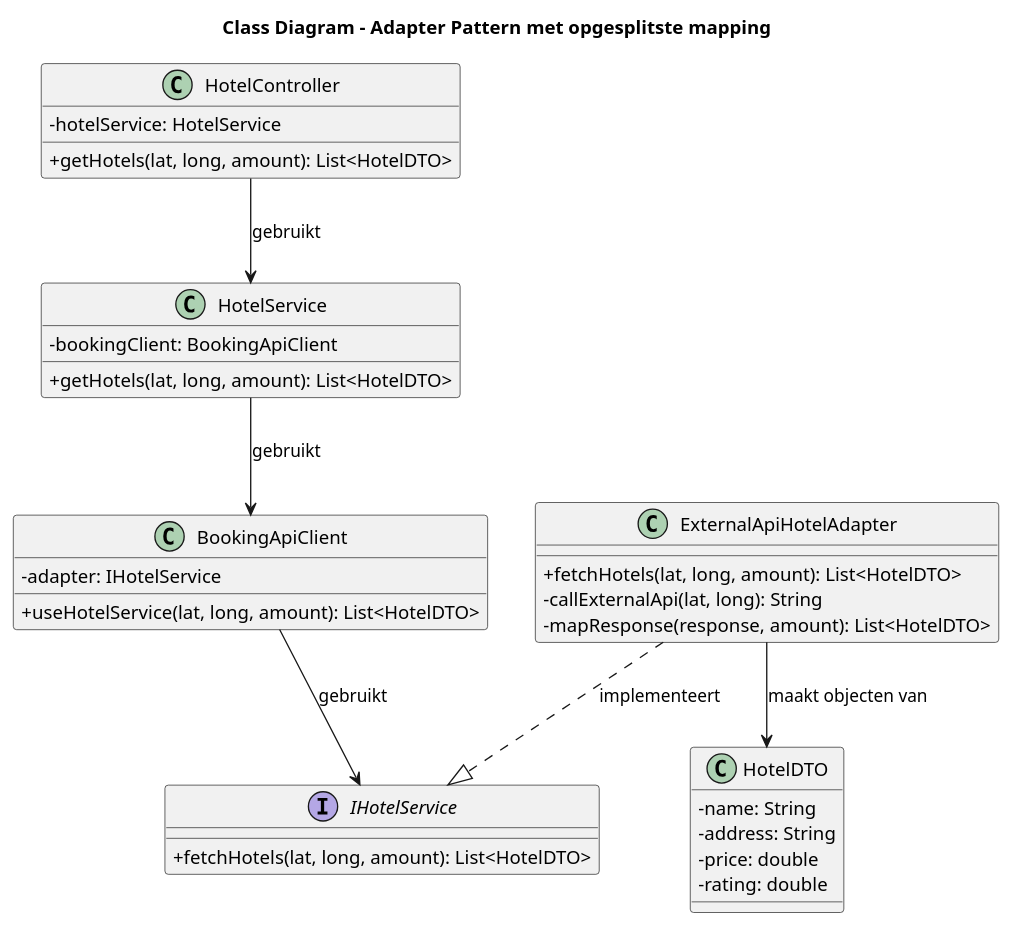
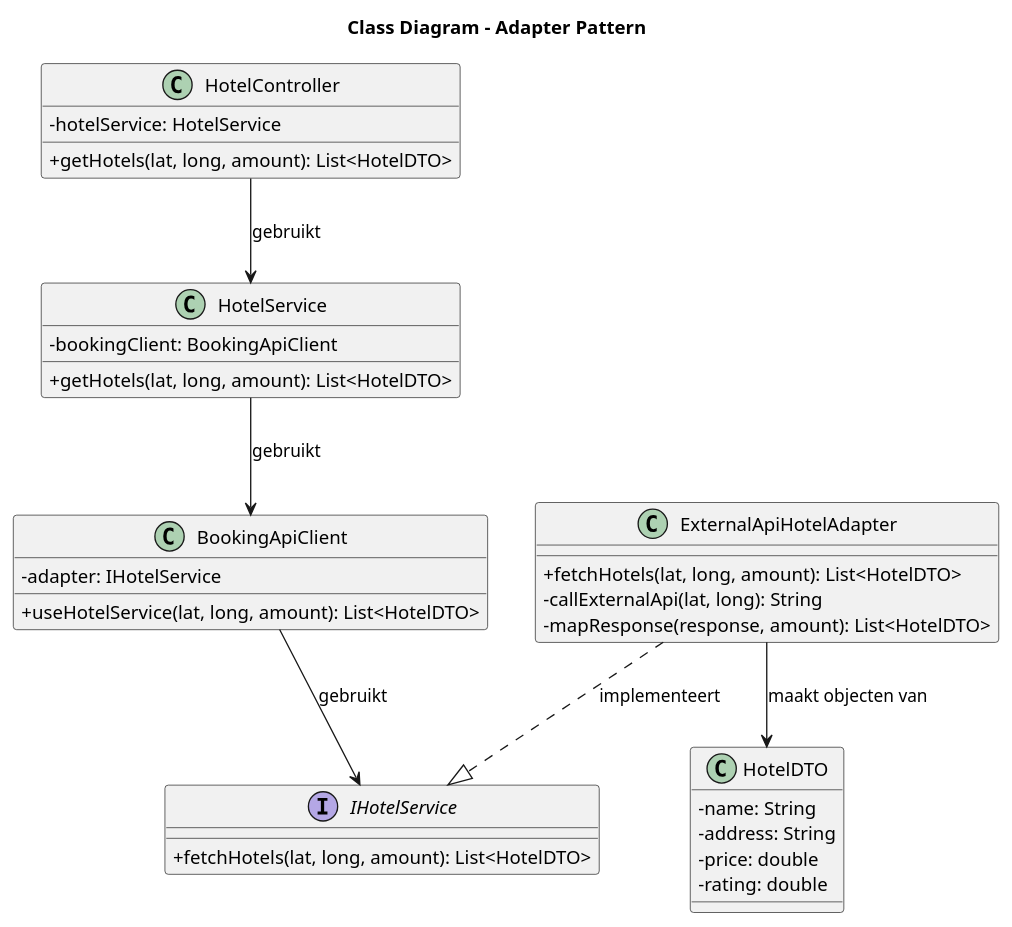
One commit to AIM-ENE-feb25/triptop-groep-3 changed the diagram in opdracht-diagrammen/Ontwerpvraag/C4 OntwerpVraag Tren/C4ClassOntwerpVraagTren.puml. Above: the diagram before and after it, drawn with PlantUML. The commit also changed 3 other files, not shown here.

```diff
--- a/opdracht-diagrammen/Ontwerpvraag/C4 OntwerpVraag Tren/C4ClassOntwerpVraagTren.puml
+++ b/opdracht-diagrammen/Ontwerpvraag/C4 OntwerpVraag Tren/C4ClassOntwerpVraagTren.puml
@@ -1,44 +1,44 @@
 @startuml
 skinparam classAttributeIconSize 0
-title Class Diagram – Adapter Pattern met opgesplitste mapping
+title Class Diagram – Adapter Pattern
 
 class HotelController {
     - hotelService: HotelService
     +getHotels(lat, long, amount): List<HotelDTO>
 }
 
 class HotelService {
     - bookingClient: BookingApiClient
     +getHotels(lat, long, amount): List<HotelDTO>
 }
 
 class BookingApiClient {
     - adapter: IHotelService
     +useHotelService(lat, long, amount): List<HotelDTO>
 }
 
 interface IHotelService {
     +fetchHotels(lat, long, amount): List<HotelDTO>
 }
 
 class ExternalApiHotelAdapter {
     +fetchHotels(lat, long, amount): List<HotelDTO>
     -callExternalApi(lat, long): String
     -mapResponse(response, amount): List<HotelDTO>
 }
 
 class HotelDTO {
     -name: String
     -address: String
     -price: double
     -rating: double
 }
 
 ' Relaties
 HotelController --> HotelService : gebruikt
 HotelService --> BookingApiClient : gebruikt
 BookingApiClient --> IHotelService : gebruikt
 ExternalApiHotelAdapter ..|> IHotelService : implementeert
 ExternalApiHotelAdapter --> HotelDTO : maakt objecten van
 
 @enduml
```
